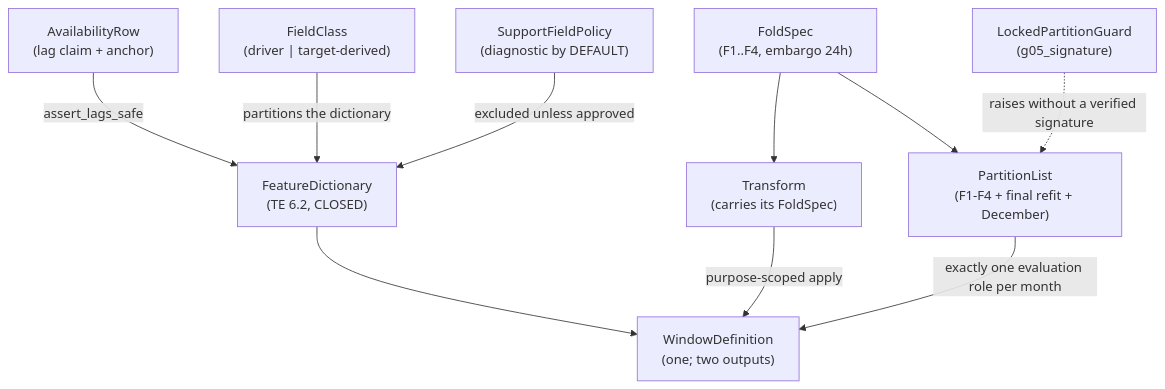
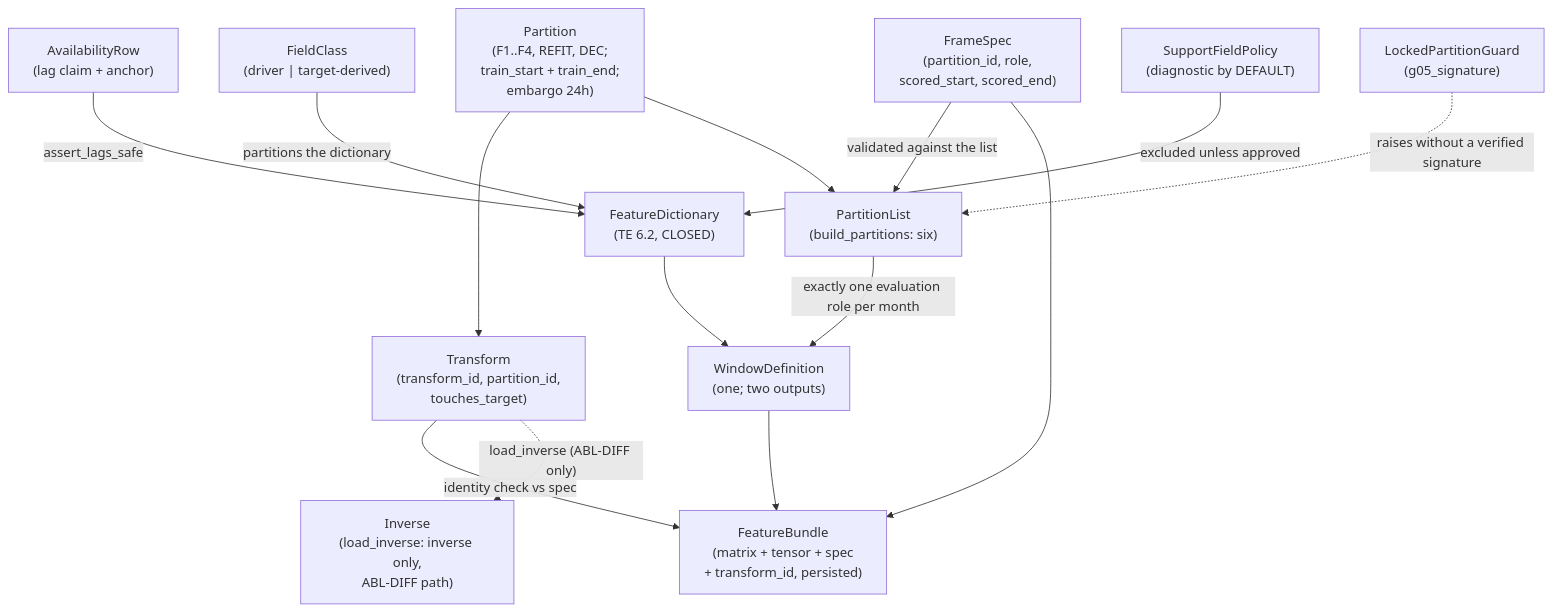
Before and after one commit to Kimrza/Thesis_toshkari: the diagram in aidlc/spaces/default/intents/260813-tec-hourly-forecast/construction/features-and-splits/functional-design/domain-entities.md, drawn with Mermaid. The commit also changed other lines of this file and 52 other files, not shown here.

````diff
--- a/aidlc/spaces/default/intents/260813-tec-hourly-forecast/construction/features-and-splits/functional-design/domain-entities.md
+++ b/aidlc/spaces/default/intents/260813-tec-hourly-forecast/construction/features-and-splits/functional-design/domain-entities.md
@@ -47,22 +96,29 @@
 ```mermaid
 graph TD
   AR["AvailabilityRow<br/>(lag claim + anchor)"]
   FD["FeatureDictionary<br/>(TE 6.2, CLOSED)"]
   FC["FieldClass<br/>(driver | target-derived)"]
-  FS["FoldSpec<br/>(F1..F4, embargo 24h)"]
-  PL["PartitionList<br/>(F1-F4 + final refit + December)"]
-  TF["Transform<br/>(carries its FoldSpec)"]
+  PT["Partition<br/>(F1..F4, REFIT, DEC;<br/>train_start + train_end;<br/>embargo 24h)"]
+  PL["PartitionList<br/>(build_partitions: six)"]
+  TF["Transform<br/>(transform_id, partition_id,<br/>touches_target)"]
+  IV["Inverse<br/>(load_inverse: inverse only,<br/>ABL-DIFF path)"]
+  SP["FrameSpec<br/>(partition_id, role,<br/>scored_start, scored_end)"]
   WD["WindowDefinition<br/>(one; two outputs)"]
+  FB["FeatureBundle<br/>(matrix + tensor + spec<br/>+ transform_id, persisted)"]
   SF["SupportFieldPolicy<br/>(diagnostic by DEFAULT)"]
   LG["LockedPartitionGuard<br/>(g05_signature)"]
 
   AR -->|"assert_lags_safe"| FD
   FD --> WD
   FC -->|"partitions the dictionary"| FD
-  FS --> TF
-  TF -->|"purpose-scoped apply"| WD
-  FS --> PL
+  PT --> TF
+  PT --> PL
+  SP -->|"validated against the list"| PL
+  TF -->|"identity check vs spec"| FB
+  SP --> FB
+  WD --> FB
   PL -->|"exactly one evaluation role per month"| WD
   SF -->|"excluded unless approved"| FD
   LG -.->|"raises without a verified signature"| PL
+  TF -.->|"load_inverse (ABL-DIFF only)"| IV
 ```
````
